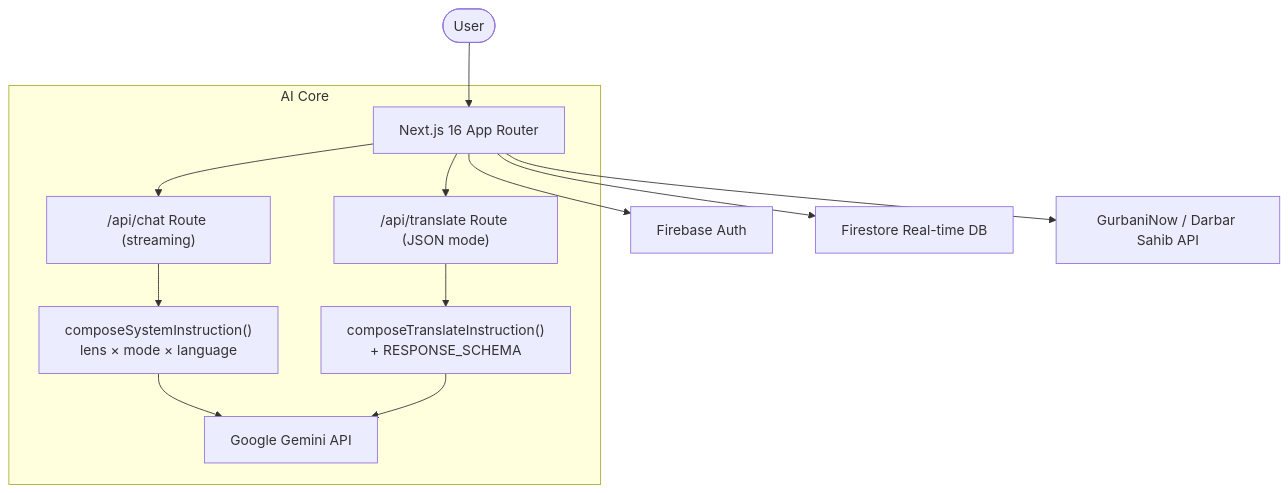
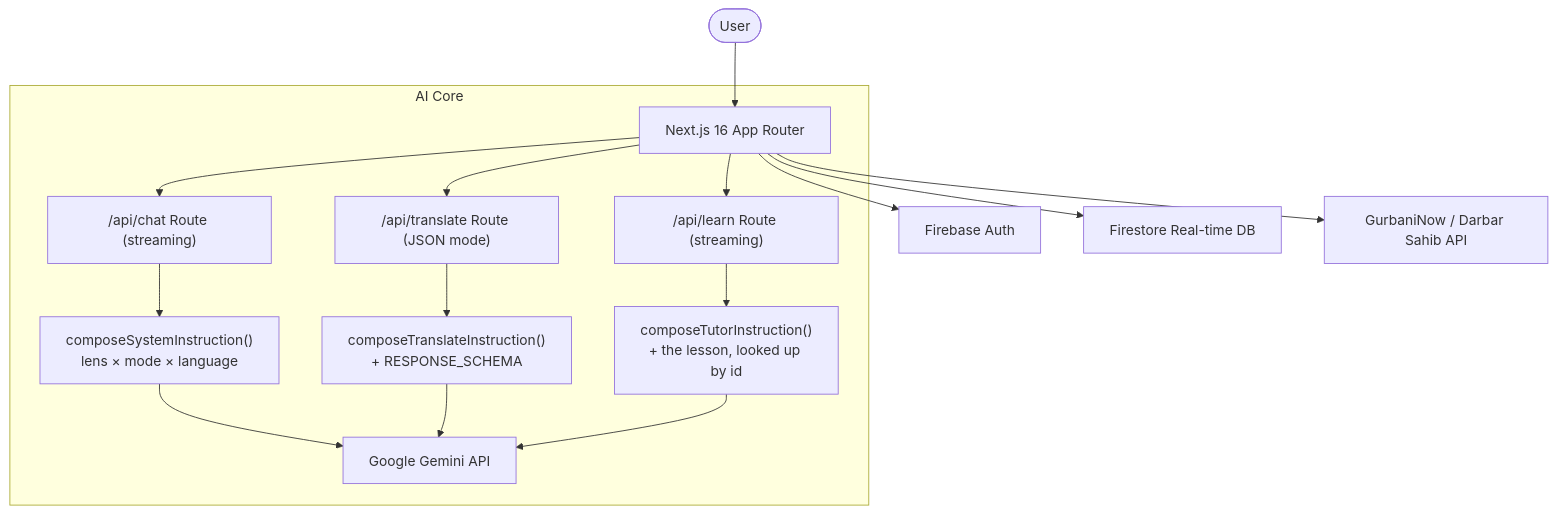
The diagram in README.md (rohan1234usa/sikh-ai), drawn with Mermaid before and after one commit. The commit also changed other lines of this file and 102 other files, not shown here.

First line of the commit message:
Learn Punjabi: lessons, vocabulary, flashcards, quizzes and a tutor (#38)

````diff
--- a/README.md
+++ b/README.md
@@ -37,16 +38,19 @@
 ```mermaid
 graph TD
     User([User]) --> Next[Next.js 16 App Router]
     Next --> Auth[Firebase Auth]
     Next --> DB[Firestore Real-time DB]
     Next --> Hukam[GurbaniNow / Darbar Sahib API]
 
     subgraph "AI Core"
     Next --> Route["/api/chat Route (streaming)"]
     Route --> Compose["composeSystemInstruction()<br/>lens × mode × language"]
     Next --> TRoute["/api/translate Route (JSON mode)"]
     TRoute --> TCompose["composeTranslateInstruction()<br/>+ RESPONSE_SCHEMA"]
+    Next --> LRoute["/api/learn Route (streaming)"]
+    LRoute --> LCompose["composeTutorInstruction()<br/>+ the lesson, looked up by id"]
     Compose --> Gemini[Google Gemini API]
     TCompose --> Gemini
+    LCompose --> Gemini
     end
 ```
````
